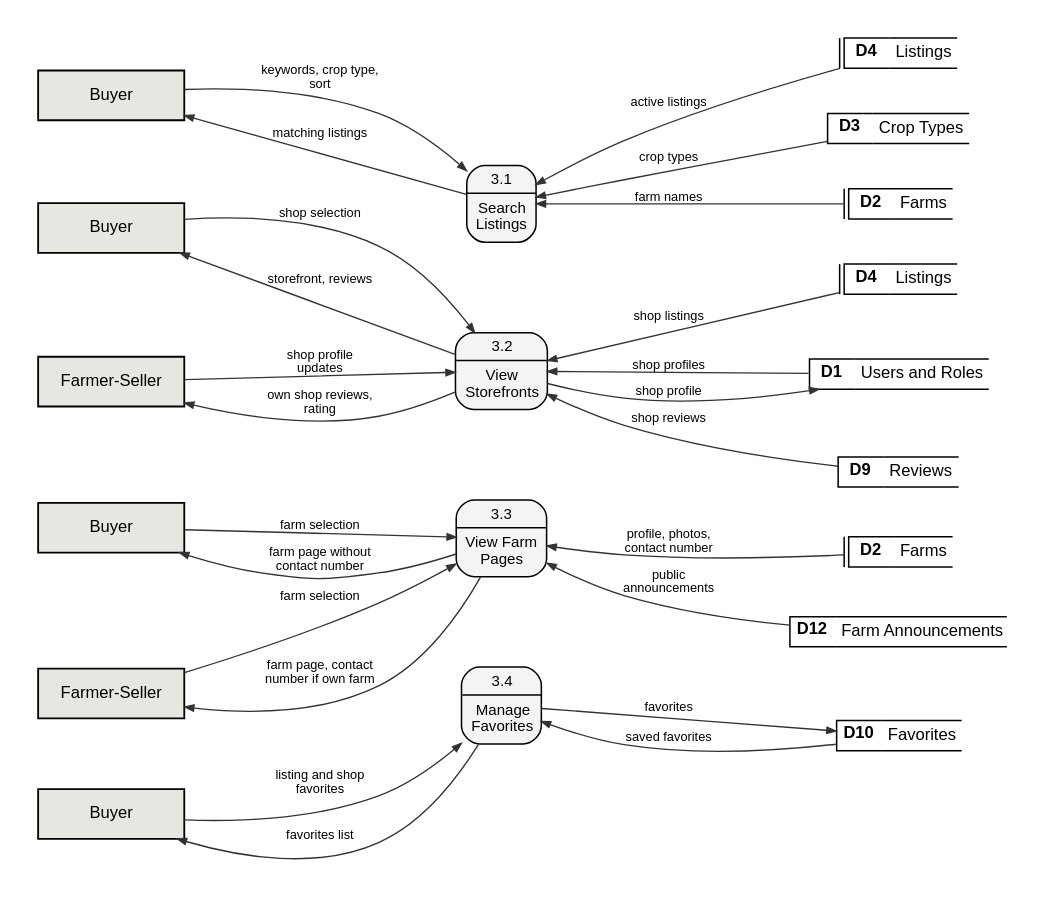
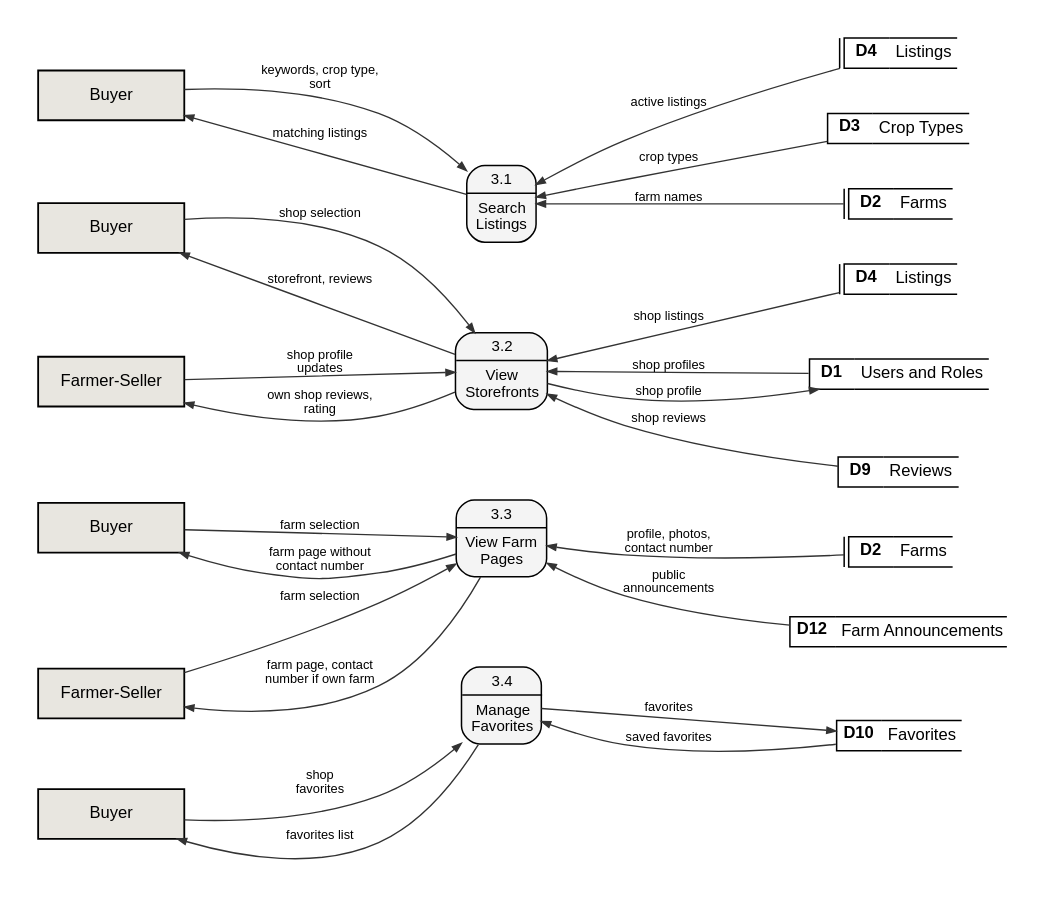
The diagram in docs/manuscript/figures/src/fig6_2_3_dfd_level2.dot (shawncastaneda11-commits/anihow-backend), drawn with Graphviz before and after one commit. The commit also changed 6 other files, not shown here.

```diff
--- a/docs/manuscript/figures/src/fig6_2_3_dfd_level2.dot
+++ b/docs/manuscript/figures/src/fig6_2_3_dfd_level2.dot
@@ -1,54 +1,54 @@
 // Data flow diagram, level 2, process 3.0 Browse Marketplace.
 digraph G {
   graph [rankdir=LR, nodesep=0.42, ranksep=1.4, pad=0.25, fontname="Liberation Sans", newrank=true, splines=spline, concentrate=false];
   node  [fontname="Liberation Sans", fontsize=11];
   edge  [penwidth=0.9, arrowsize=0.6, color="#333333", fontname="Liberation Sans", fontsize=8.5];
   q3a [shape=plaintext, margin=0, width=0, height=0, label=<<TABLE STYLE="ROUNDED" BORDER="1" CELLBORDER="0" CELLSPACING="0" CELLPADDING="3" BGCOLOR="#F4F4F4"><TR><TD><FONT POINT-SIZE="10.5">3.1</FONT></TD></TR><HR/><TR><TD CELLPADDING="5"><FONT POINT-SIZE="10.5">Search<BR/>Listings</FONT></TD></TR></TABLE>>];
   by_q3a [shape=box, style=filled, fillcolor="#E8E6E0", penwidth=1.2, width=1.35, height=0.46, label="Buyer", comment="gsdup"];
   D4_q3a [shape=plaintext, margin=0, width=0, height=0, label=<<TABLE BORDER="0" CELLBORDER="1" CELLSPACING="0" CELLPADDING="3"><TR><TD SIDES="L" WIDTH="3" CELLPADDING="0"></TD><TD SIDES="TBL" WIDTH="30"><B>D4</B></TD><TD SIDES="TB" ALIGN="LEFT">Listings</TD></TR></TABLE>>];
   D3_q3a [shape=plaintext, margin=0, width=0, height=0, label=<<TABLE BORDER="0" CELLBORDER="1" CELLSPACING="0" CELLPADDING="3"><TR><TD SIDES="TBL" WIDTH="30"><B>D3</B></TD><TD SIDES="TB" ALIGN="LEFT">Crop Types</TD></TR></TABLE>>];
   D2_q3a [shape=plaintext, margin=0, width=0, height=0, label=<<TABLE BORDER="0" CELLBORDER="1" CELLSPACING="0" CELLPADDING="3"><TR><TD SIDES="L" WIDTH="3" CELLPADDING="0"></TD><TD SIDES="TBL" WIDTH="30"><B>D2</B></TD><TD SIDES="TB" ALIGN="LEFT">Farms</TD></TR></TABLE>>];
   q3b [shape=plaintext, margin=0, width=0, height=0, label=<<TABLE STYLE="ROUNDED" BORDER="1" CELLBORDER="0" CELLSPACING="0" CELLPADDING="3" BGCOLOR="#F4F4F4"><TR><TD><FONT POINT-SIZE="10.5">3.2</FONT></TD></TR><HR/><TR><TD CELLPADDING="5"><FONT POINT-SIZE="10.5">View<BR/>Storefronts</FONT></TD></TR></TABLE>>];
   by_q3b [shape=box, style=filled, fillcolor="#E8E6E0", penwidth=1.2, width=1.35, height=0.46, label="Buyer", comment="gsdup"];
   D4_q3b [shape=plaintext, margin=0, width=0, height=0, label=<<TABLE BORDER="0" CELLBORDER="1" CELLSPACING="0" CELLPADDING="3"><TR><TD SIDES="L" WIDTH="3" CELLPADDING="0"></TD><TD SIDES="TBL" WIDTH="30"><B>D4</B></TD><TD SIDES="TB" ALIGN="LEFT">Listings</TD></TR></TABLE>>];
   D1_q3b [shape=plaintext, margin=0, width=0, height=0, label=<<TABLE BORDER="0" CELLBORDER="1" CELLSPACING="0" CELLPADDING="3"><TR><TD SIDES="TBL" WIDTH="30"><B>D1</B></TD><TD SIDES="TB" ALIGN="LEFT">Users and Roles</TD></TR></TABLE>>];
   D9_q3b [shape=plaintext, margin=0, width=0, height=0, label=<<TABLE BORDER="0" CELLBORDER="1" CELLSPACING="0" CELLPADDING="3"><TR><TD SIDES="TBL" WIDTH="30"><B>D9</B></TD><TD SIDES="TB" ALIGN="LEFT">Reviews</TD></TR></TABLE>>];
   fs_q3b [shape=box, style=filled, fillcolor="#E8E6E0", penwidth=1.2, width=1.35, height=0.46, label="Farmer-Seller", comment="gsdup"];
   q3c [shape=plaintext, margin=0, width=0, height=0, label=<<TABLE STYLE="ROUNDED" BORDER="1" CELLBORDER="0" CELLSPACING="0" CELLPADDING="3" BGCOLOR="#F4F4F4"><TR><TD><FONT POINT-SIZE="10.5">3.3</FONT></TD></TR><HR/><TR><TD CELLPADDING="5"><FONT POINT-SIZE="10.5">View Farm<BR/>Pages</FONT></TD></TR></TABLE>>];
   by_q3c [shape=box, style=filled, fillcolor="#E8E6E0", penwidth=1.2, width=1.35, height=0.46, label="Buyer", comment="gsdup"];
   D2_q3c [shape=plaintext, margin=0, width=0, height=0, label=<<TABLE BORDER="0" CELLBORDER="1" CELLSPACING="0" CELLPADDING="3"><TR><TD SIDES="L" WIDTH="3" CELLPADDING="0"></TD><TD SIDES="TBL" WIDTH="30"><B>D2</B></TD><TD SIDES="TB" ALIGN="LEFT">Farms</TD></TR></TABLE>>];
   fs_q3c [shape=box, style=filled, fillcolor="#E8E6E0", penwidth=1.2, width=1.35, height=0.46, label="Farmer-Seller", comment="gsdup"];
   D12_q3c [shape=plaintext, margin=0, width=0, height=0, label=<<TABLE BORDER="0" CELLBORDER="1" CELLSPACING="0" CELLPADDING="3"><TR><TD SIDES="TBL" WIDTH="30"><B>D12</B></TD><TD SIDES="TB" ALIGN="LEFT">Farm Announcements</TD></TR></TABLE>>];
   q3d [shape=plaintext, margin=0, width=0, height=0, label=<<TABLE STYLE="ROUNDED" BORDER="1" CELLBORDER="0" CELLSPACING="0" CELLPADDING="3" BGCOLOR="#F4F4F4"><TR><TD><FONT POINT-SIZE="10.5">3.4</FONT></TD></TR><HR/><TR><TD CELLPADDING="5"><FONT POINT-SIZE="10.5">Manage<BR/>Favorites</FONT></TD></TR></TABLE>>];
   by_q3d [shape=box, style=filled, fillcolor="#E8E6E0", penwidth=1.2, width=1.35, height=0.46, label="Buyer", comment="gsdup"];
   D10_q3d [shape=plaintext, margin=0, width=0, height=0, label=<<TABLE BORDER="0" CELLBORDER="1" CELLSPACING="0" CELLPADDING="3"><TR><TD SIDES="TBL" WIDTH="30"><B>D10</B></TD><TD SIDES="TB" ALIGN="LEFT">Favorites</TD></TR></TABLE>>];
   by_q3a -> q3a [label="keywords, crop type,\nsort"];
   q3a -> D4_q3a [label="active listings", dir=back];
   q3a -> D3_q3a [label="crop types", dir=back];
   q3a -> D2_q3a [label="farm names", dir=back];
   by_q3a -> q3a [label="matching listings", dir=back];
   by_q3b -> q3b [label="shop selection"];
   q3b -> D1_q3b [label="shop profiles", dir=back];
   q3b -> D4_q3b [label="shop listings", dir=back];
   q3b -> D9_q3b [label="shop reviews", dir=back];
   by_q3b -> q3b [label="storefront, reviews", dir=back];
   fs_q3b -> q3b [label="shop profile\nupdates"];
   q3b -> D1_q3b [label="shop profile"];
   fs_q3b -> q3b [label="own shop reviews,\nrating", dir=back];
   by_q3c -> q3c [label="farm selection"];
   fs_q3c -> q3c [label="farm selection"];
   q3c -> D2_q3c [label="profile, photos,\ncontact number", dir=back];
   q3c -> D12_q3c [label="public\nannouncements", dir=back];
   by_q3c -> q3c [label="farm page without\ncontact number", dir=back];
   fs_q3c -> q3c [label="farm page, contact\nnumber if own farm", dir=back];
-  by_q3d -> q3d [label="listing and shop\nfavorites"];
+  by_q3d -> q3d [label="shop\nfavorites"];
   q3d -> D10_q3d [label="favorites"];
   q3d -> D10_q3d [label="saved favorites", dir=back];
   by_q3d -> q3d [label="favorites list", dir=back];
   {rank=same; by_q3a; by_q3b; fs_q3b; by_q3c; fs_q3c; by_q3d}
   {rank=same; D4_q3a; D3_q3a; D2_q3a; D1_q3b; D4_q3b; D9_q3b; D2_q3c; D12_q3c; D10_q3d}
   {rank=same; q3a; q3b; q3c; q3d}
   q3a -> q3b [style=invis, weight=10];
   q3b -> q3c [style=invis, weight=10];
   q3c -> q3d [style=invis, weight=10];
 }
```
